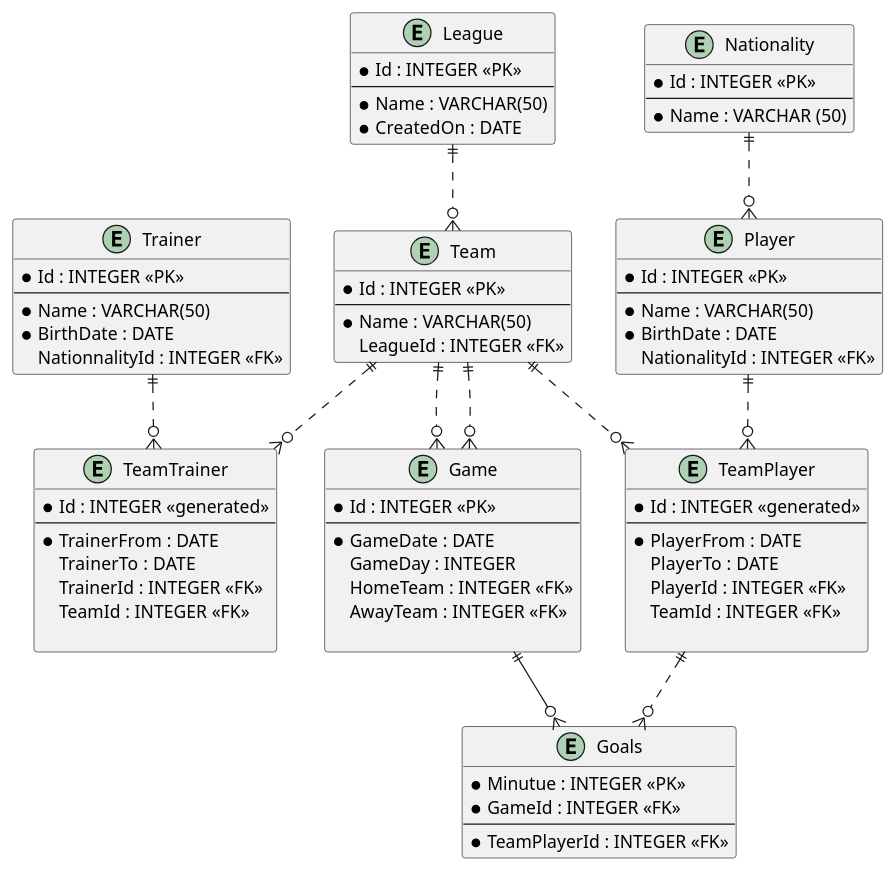
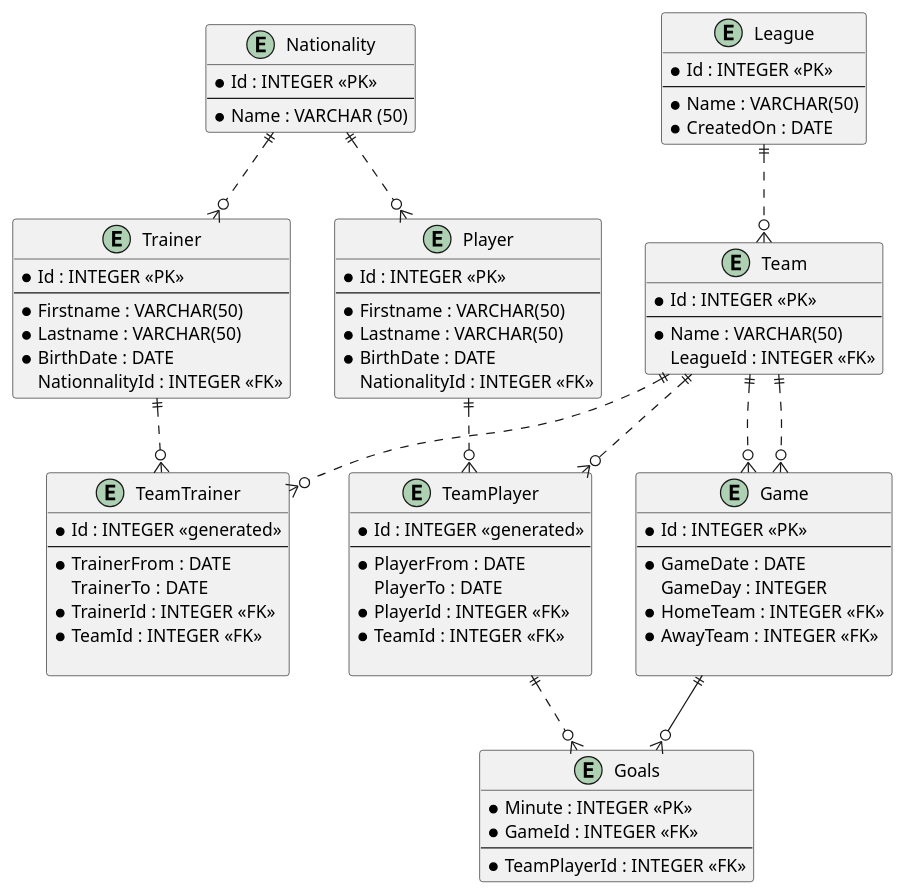
Before and after one commit to BojanTRB/nationsLeague: the diagram in er_logical.puml, drawn with PlantUML. The commit also changed 2 other files, not shown here.

```diff
--- a/er_logical.puml
+++ b/er_logical.puml
@@ -1,88 +1,91 @@
 @startuml soccerleague
 
 entity League{
     * Id : INTEGER <<PK>>
     ---
     * Name : VARCHAR(50)
     * CreatedOn : DATE
 }
 
 entity Team{
     * Id : INTEGER <<PK>>
     --
     * Name : VARCHAR(50)
     LeagueId : INTEGER <<FK>>
 }
 
 entity Player{
     * Id : INTEGER <<PK>>
     --
-    * Name : VARCHAR(50)
+    * Firstname : VARCHAR(50)
+    * Lastname : VARCHAR(50)
     * BirthDate : DATE
     NationalityId : INTEGER <<FK>>
 }
 
 entity TeamTrainer{
     * Id : INTEGER <<generated>>
     ---
     * TrainerFrom : DATE
     TrainerTo : DATE
-    TrainerId : INTEGER <<FK>>
-    TeamId : INTEGER <<FK>>
+    * TrainerId : INTEGER <<FK>>
+    * TeamId : INTEGER <<FK>>
     
 }
 
 entity Goals{
-    * Minutue : INTEGER <<PK>>
+    * Minute : INTEGER <<PK>>
     * GameId : INTEGER <<FK>>
     --
     * TeamPlayerId : INTEGER <<FK>>
 }
 
 entity TeamPlayer{
     * Id : INTEGER <<generated>>
     ---
     * PlayerFrom : DATE
     PlayerTo : DATE
-    PlayerId : INTEGER <<FK>>
-    TeamId : INTEGER <<FK>>
+    * PlayerId : INTEGER <<FK>>
+    * TeamId : INTEGER <<FK>>
     
 }
 
 entity Trainer{
     * Id : INTEGER <<PK>> 
     --
-    * Name : VARCHAR(50)
+    * Firstname : VARCHAR(50)
+    * Lastname : VARCHAR(50)
     * BirthDate : DATE
     NationnalityId : INTEGER <<FK>>
 }
 
 entity Game {
     * Id : INTEGER <<PK>> 
     --
     * GameDate : DATE
     GameDay : INTEGER
-    HomeTeam : INTEGER <<FK>> 
-    AwayTeam : INTEGER <<FK>>
+    * HomeTeam : INTEGER <<FK>> 
+    * AwayTeam : INTEGER <<FK>>
     
 }
 
 entity Nationality {
     * Id : INTEGER <<PK>>
     --
     * Name : VARCHAR (50)
 }
 
 
 
 League ||..o{ Team
 Team ||..o{ TeamTrainer
 Team ||..o{ TeamPlayer
 Team ||..o{ Game
 Team ||..o{ Game
 Player ||..o{ TeamPlayer
 Trainer ||..o{ TeamTrainer
 Game ||--o{ Goals
 TeamPlayer ||..o{ Goals
 Nationality ||..o{ Player
+Nationality ||..o{ Trainer
 @enduml
```
